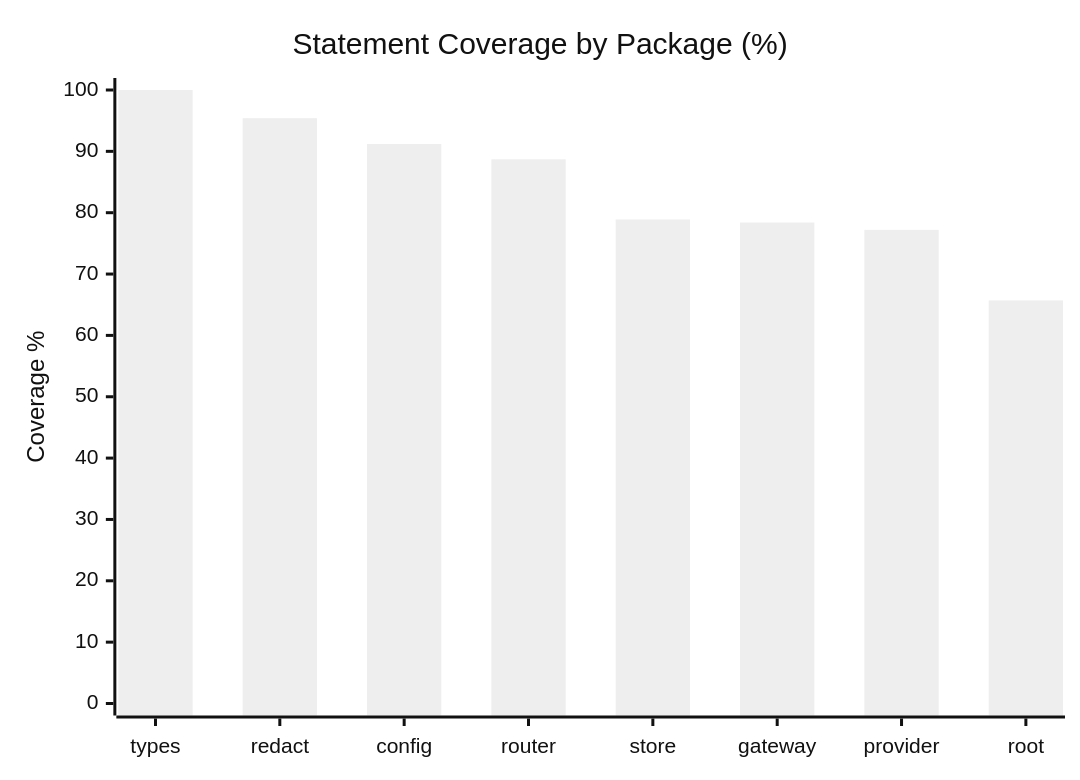
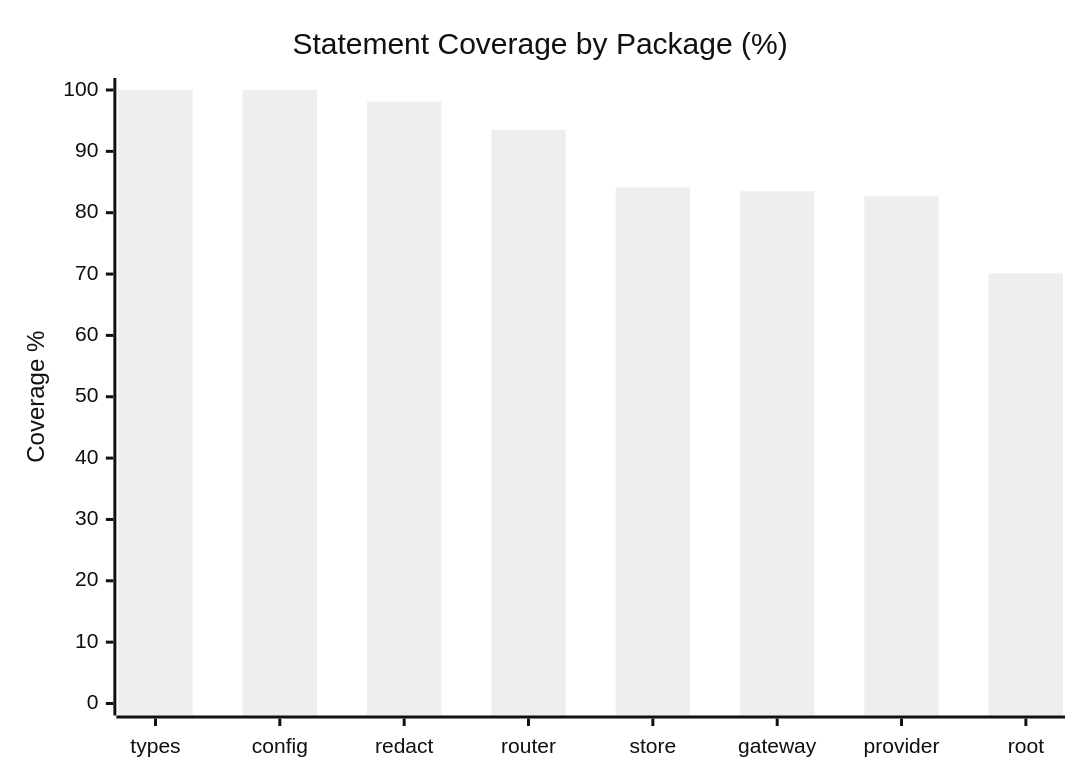
Before and after one commit to thomascherickal/go-ai-gateway: the first of 2 diagrams in metrics.md, drawn with Mermaid (neutral theme). The commit also changed other lines of this file and 8 other files, not shown here.

Commit message:
test: raise statement coverage to 85.2% (100% config/types, 98.1% redact, 93.5% router)

````diff
--- a/metrics.md
+++ b/metrics.md
@@ -5,7 +5,7 @@
 ```mermaid
 xychart-beta
   title "Statement Coverage by Package (%)"
-  x-axis ["types", "redact", "config", "router", "store", "gateway", "provider", "root"]
+  x-axis ["types", "config", "redact", "router", "store", "gateway", "provider", "root"]
   y-axis "Coverage %" 0 --> 100
-  bar [100.0, 95.4, 91.2, 88.7, 78.9, 78.4, 77.2, 65.7]
+  bar [100.0, 100.0, 98.1, 93.5, 84.1, 83.5, 82.7, 70.1]
 ```
````
